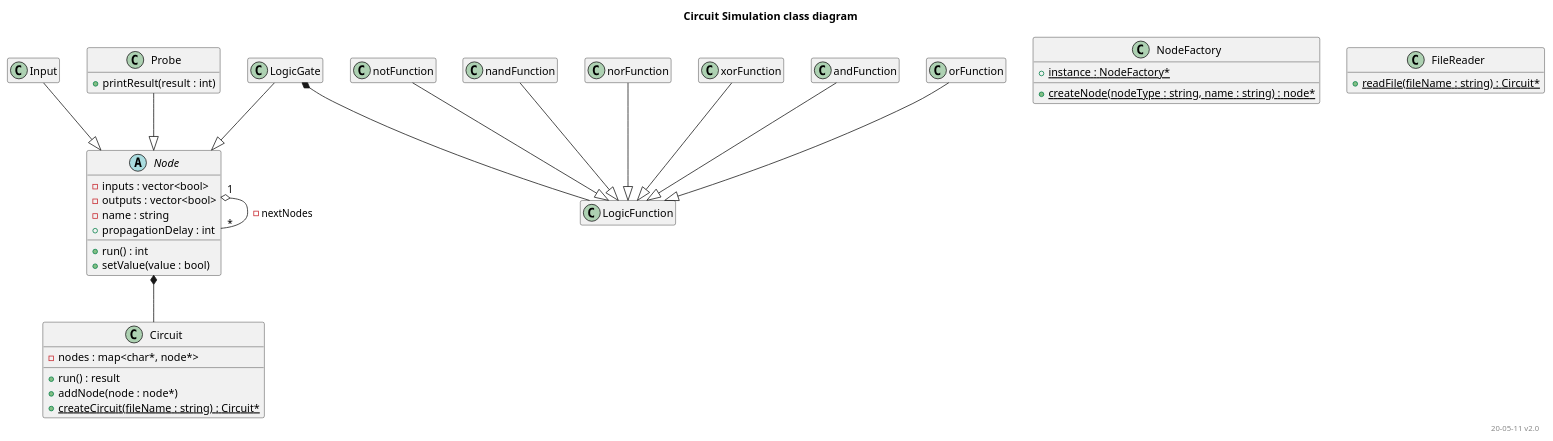
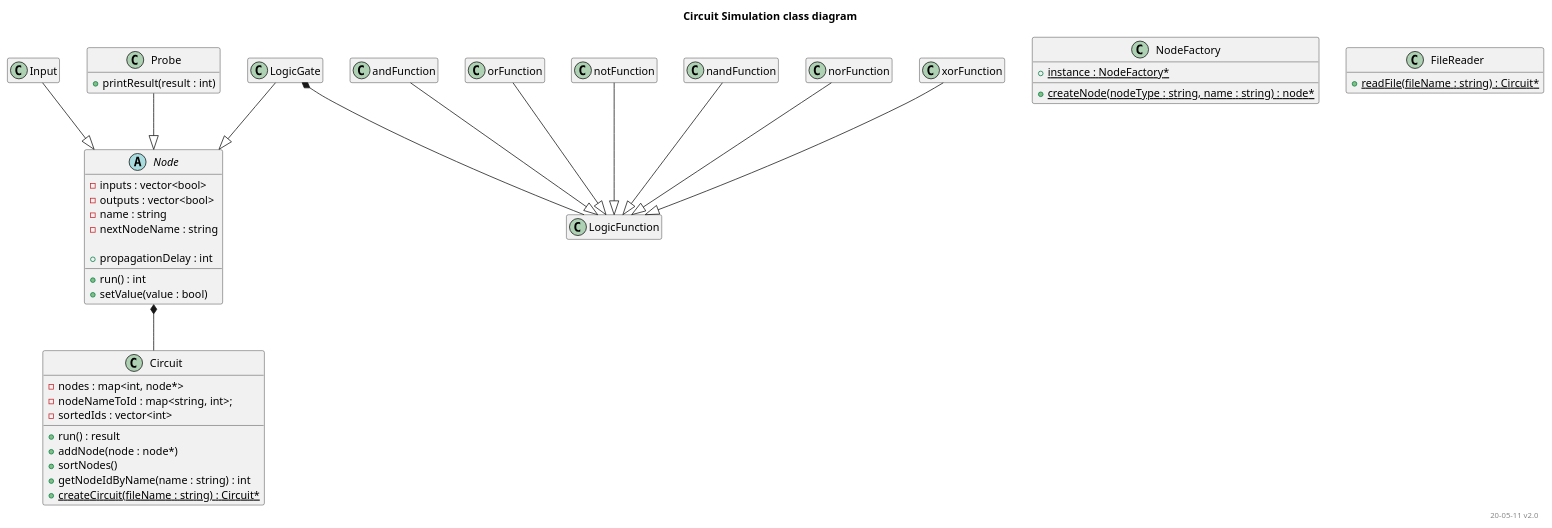
One commit to JeeJay23/DEPA_eindopdr changed the diagram in documentation/ClassDiagram.puml. Above: the diagram before and after it, drawn with PlantUML. The commit also changed 1 other file, not shown here.

Commit message:
Updated method of storing nodes in memory

```diff
--- a/documentation/ClassDiagram.puml
+++ b/documentation/ClassDiagram.puml
@@ -1,64 +1,69 @@
 @startuml classDiagram
 
 title Circuit Simulation class diagram
 right footer "20-05-11 v2.0"
 
 hide empty members
 
 class logicGate as "LogicGate" {
 }
 
 abstract class node as "Node" {
     - inputs : vector<bool>
     - outputs : vector<bool>
     - name : string
+    - nextNodeName : string
+
     + propagationDelay : int
     + run() : int 
     + setValue(value : bool)
 }
 
 class logicFunction as "LogicFunction" {
 
 }
 
 class circuit as "Circuit" {
     'store nodes by name as identifier'
-    - nodes : map<char*, node*>
+    - nodes : map<int, node*>
+    - nodeNameToId : map<string, int>;
+    - sortedIds : vector<int>
 
     + run() : result
     + addNode(node : node*)
+    + sortNodes()
+    + getNodeIdByName(name : string) : int
     + {static} createCircuit(fileName : string) : Circuit*
 }
 
 class input as "Input" {
 }
 class probe as "Probe" {
     + printResult(result : int)
 }
 
 class nodeFactory as "NodeFactory" {
     + {static} instance : NodeFactory*
     + {static} createNode(nodeType : string, name : string) : node*
 }
 
 class fileReader as "FileReader" {
     + {static} readFile(fileName : string) : Circuit*
 }
 
 node *-- circuit
-node "1" o-- "*" node : - nextNodes
 
 input --|> node
 probe --|> node
 logicGate --|> node
 
 logicGate *-- logicFunction
 
 andFunction --|> logicFunction
 orFunction --|> logicFunction
 notFunction --|> logicFunction
 nandFunction --|> logicFunction
 norFunction --|> logicFunction
 xorFunction --|> logicFunction
 
 @enduml
```
